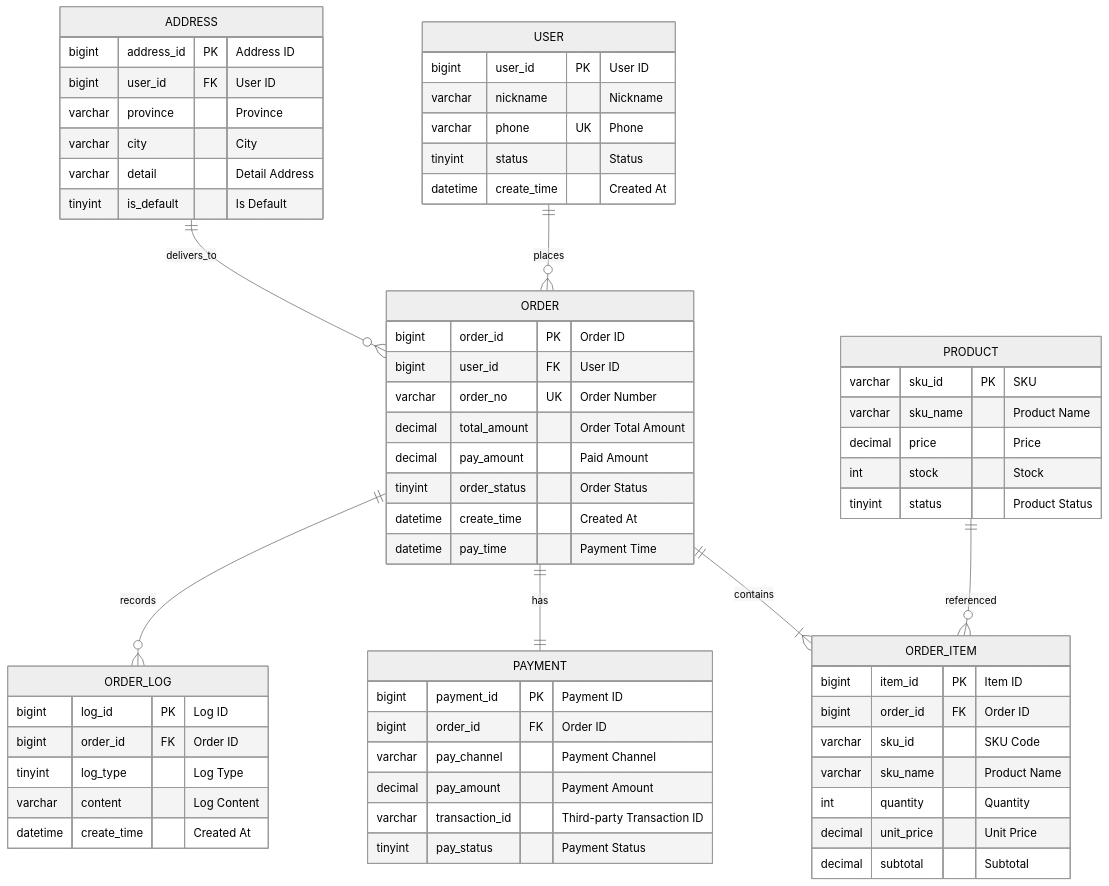
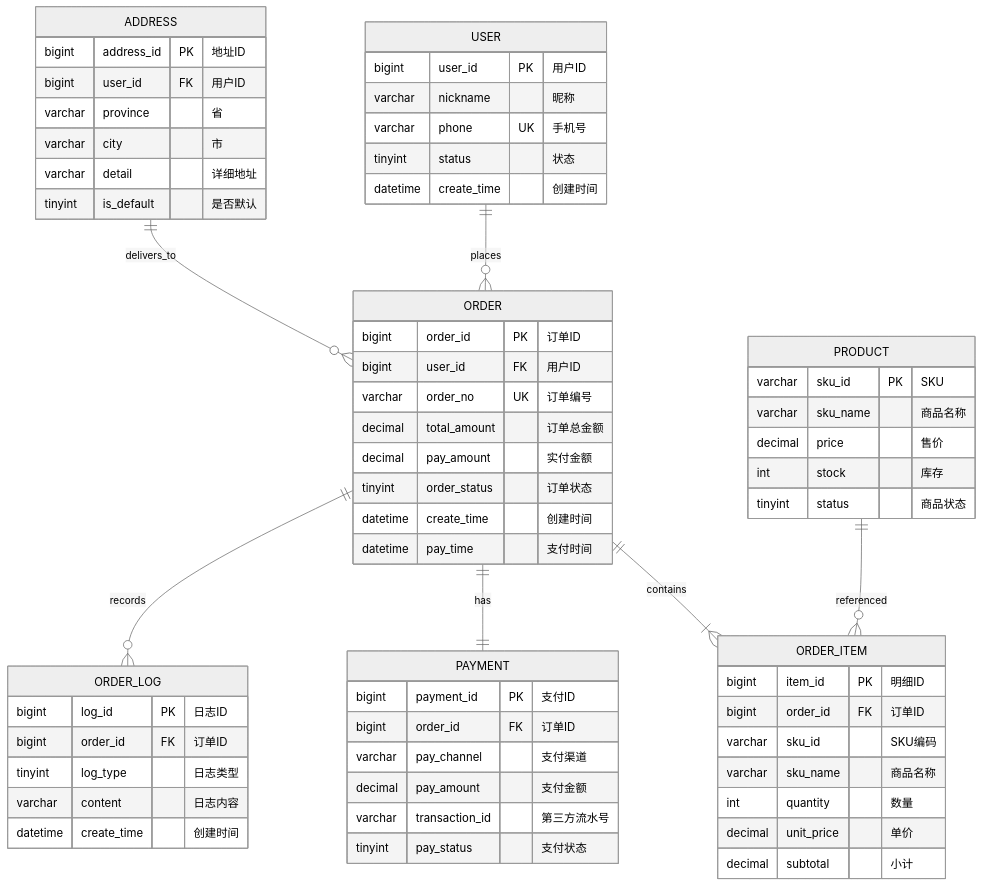
The third of 11 diagrams in templates/Product/Technology/Template-DB-Design.md (Kirky-X/cangjie), drawn with Mermaid (neutral theme) before and after one commit. The commit also changed other lines of this file and 33 other files, not shown here.

````diff
--- a/templates/Product/Technology/Template-DB-Design.md
+++ b/templates/Product/Technology/Template-DB-Design.md
@@ -194,71 +194,71 @@
 ```mermaid
 erDiagram
     USER ||--o{ ORDER : places
     USER {
-        bigint user_id PK "User ID"
-        varchar nickname "Nickname"
-        varchar phone UK "Phone"
-        tinyint status "Status"
-        datetime create_time "Created At"
+        bigint user_id PK "用户ID"
+        varchar nickname "昵称"
+        varchar phone UK "手机号"
+        tinyint status "状态"
+        datetime create_time "创建时间"
     }
 
     ORDER ||--|{ ORDER_ITEM : contains
     ORDER {
-        bigint order_id PK "Order ID"
-        bigint user_id FK "User ID"
-        varchar order_no UK "Order Number"
-        decimal total_amount "Order Total Amount"
-        decimal pay_amount "Paid Amount"
-        tinyint order_status "Order Status"
-        datetime create_time "Created At"
-        datetime pay_time "Payment Time"
+        bigint order_id PK "订单ID"
+        bigint user_id FK "用户ID"
+        varchar order_no UK "订单编号"
+        decimal total_amount "订单总金额"
+        decimal pay_amount "实付金额"
+        tinyint order_status "订单状态"
+        datetime create_time "创建时间"
+        datetime pay_time "支付时间"
     }
 
     ORDER_ITEM {
-        bigint item_id PK "Item ID"
-        bigint order_id FK "Order ID"
-        varchar sku_id "SKU Code"
-        varchar sku_name "Product Name"
-        int quantity "Quantity"
-        decimal unit_price "Unit Price"
-        decimal subtotal "Subtotal"
+        bigint item_id PK "明细ID"
+        bigint order_id FK "订单ID"
+        varchar sku_id "SKU编码"
+        varchar sku_name "商品名称"
+        int quantity "数量"
+        decimal unit_price "单价"
+        decimal subtotal "小计"
     }
 
     PRODUCT ||--o{ ORDER_ITEM : referenced
     PRODUCT {
         varchar sku_id PK "SKU"
-        varchar sku_name "Product Name"
-        decimal price "Price"
-        int stock "Stock"
-        tinyint status "Product Status"
+        varchar sku_name "商品名称"
+        decimal price "售价"
+        int stock "库存"
+        tinyint status "商品状态"
     }
 
     ADDRESS ||--o{ ORDER : delivers_to
     ADDRESS {
-        bigint address_id PK "Address ID"
-        bigint user_id FK "User ID"
-        varchar province "Province"
-        varchar city "City"
-        varchar detail "Detail Address"
-        tinyint is_default "Is Default"
+        bigint address_id PK "地址ID"
+        bigint user_id FK "用户ID"
+        varchar province "省"
+        varchar city "市"
+        varchar detail "详细地址"
+        tinyint is_default "是否默认"
     }
 
     ORDER ||--|| PAYMENT : has
     PAYMENT {
-        bigint payment_id PK "Payment ID"
-        bigint order_id FK "Order ID"
-        varchar pay_channel "Payment Channel"
-        decimal pay_amount "Payment Amount"
-        varchar transaction_id "Third-party Transaction ID"
-        tinyint pay_status "Payment Status"
+        bigint payment_id PK "支付ID"
+        bigint order_id FK "订单ID"
+        varchar pay_channel "支付渠道"
+        decimal pay_amount "支付金额"
+        varchar transaction_id "第三方流水号"
+        tinyint pay_status "支付状态"
     }
 
     ORDER ||--o{ ORDER_LOG : records
     ORDER_LOG {
-        bigint log_id PK "Log ID"
-        bigint order_id FK "Order ID"
-        tinyint log_type "Log Type"
-        varchar content "Log Content"
-        datetime create_time "Created At"
+        bigint log_id PK "日志ID"
+        bigint order_id FK "订单ID"
+        tinyint log_type "日志类型"
+        varchar content "日志内容"
+        datetime create_time "创建时间"
     }
 ```
````
